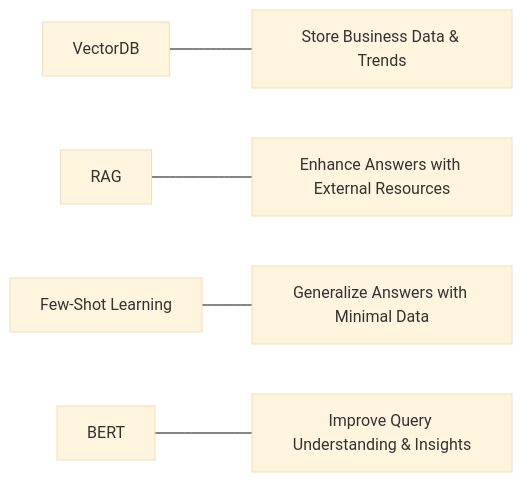
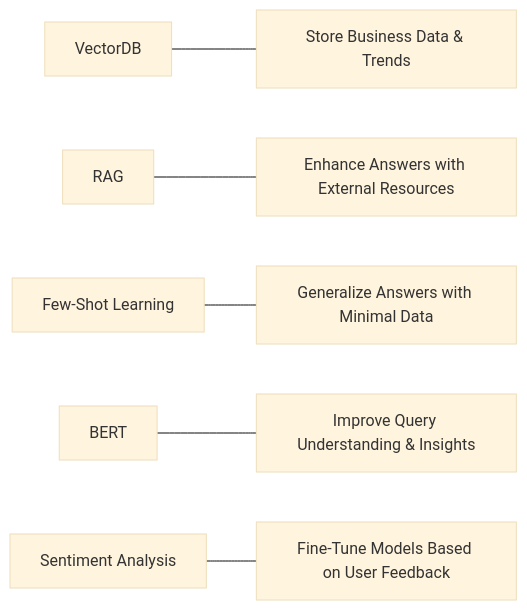
The fourth of 6 diagrams in README.md (JainSneha6/DAI), drawn with Mermaid (base theme) before and after one commit. The commit also changed other lines of this file, not shown here.

````diff
--- a/README.md
+++ b/README.md
@@ -89,7 +91,9 @@
 ```mermaid
 flowchart LR
     A[VectorDB] --- B[Store Business Data & Trends]
     C[RAG] --- D[Enhance Answers with External Resources]
     E[Few-Shot Learning] --- F[Generalize Answers with Minimal Data]
     G[BERT] --- H[Improve Query Understanding & Insights]
+    I[Sentiment Analysis] --- J[Fine-Tune Models Based on User Feedback]
+
 ```
````
